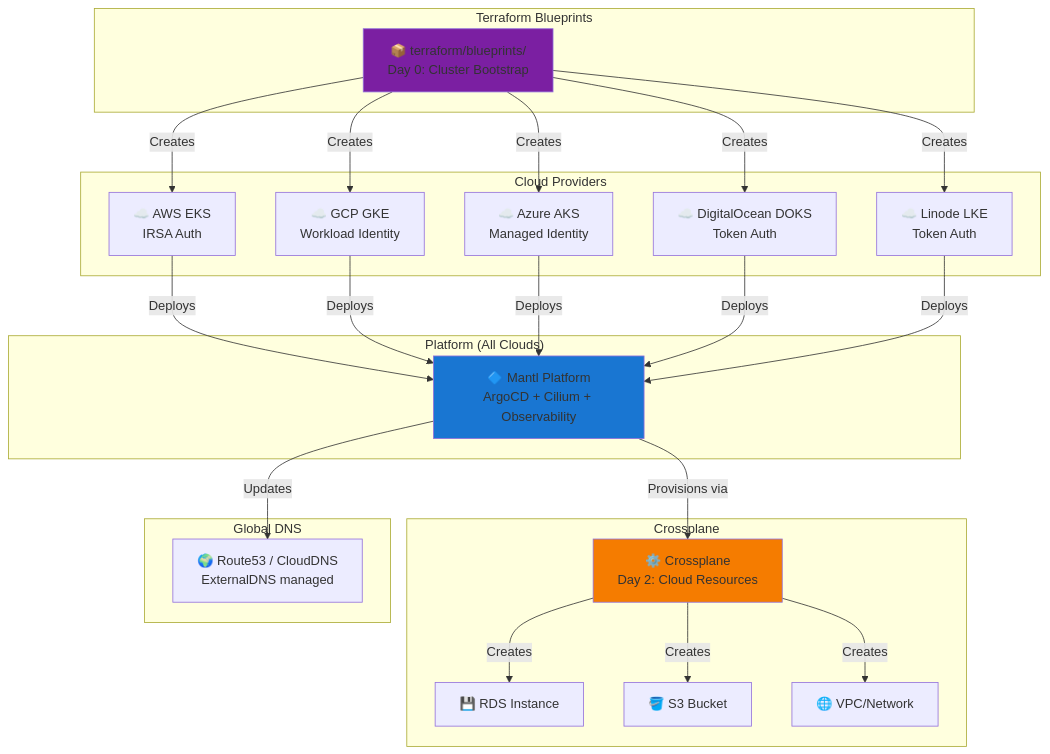
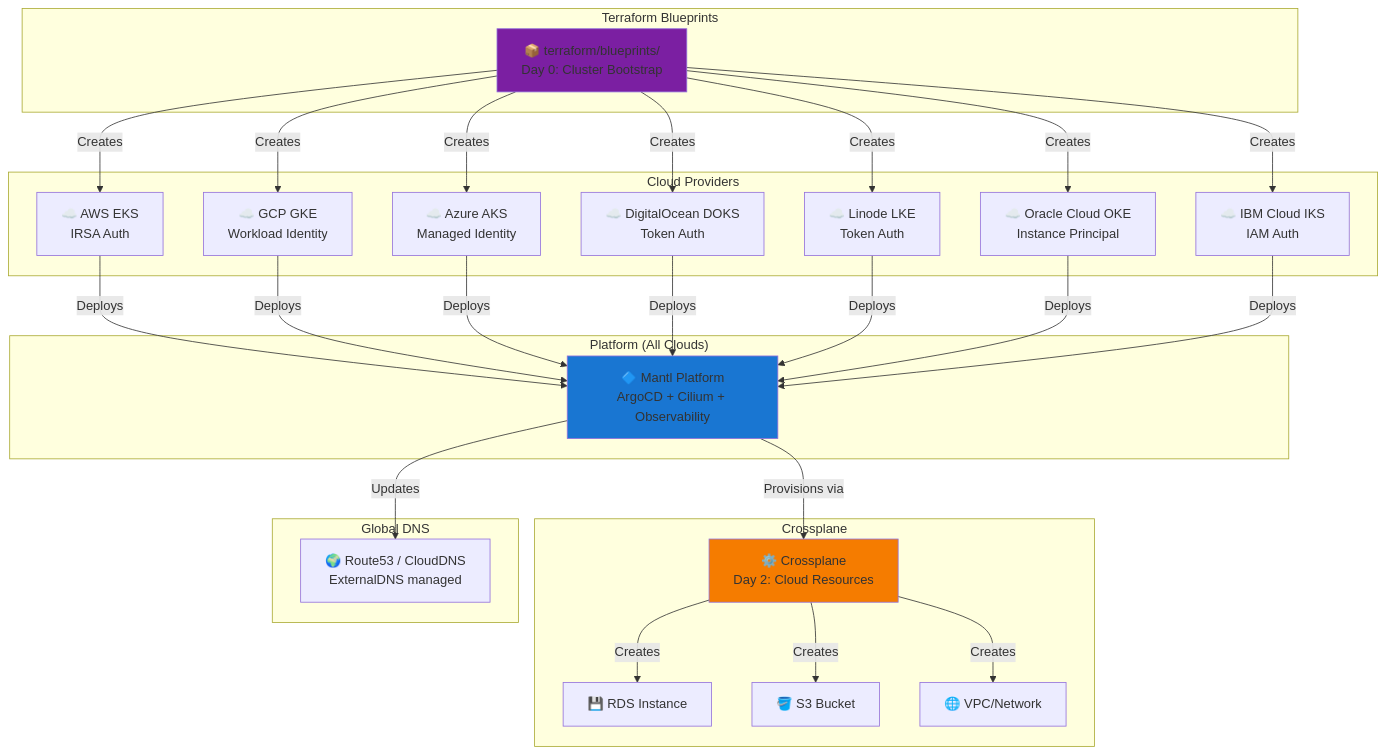
Before and after one commit to somethingwithproof/mantl: the fourth of 4 diagrams in docs/architecture-diagram.md, drawn with Mermaid. The commit also changed 20 other files, not shown here.

First line of the commit message:
Add full support for Oracle Cloud (OCI) and IBM Cloud

````diff
--- a/docs/architecture-diagram.md
+++ b/docs/architecture-diagram.md
@@ -208,52 +208,58 @@
 ```mermaid
 graph TB
     subgraph "Cloud Providers"
         AWS[☁️ AWS EKS<br/>IRSA Auth]
         GCP[☁️ GCP GKE<br/>Workload Identity]
         Azure[☁️ Azure AKS<br/>Managed Identity]
         DO[☁️ DigitalOcean DOKS<br/>Token Auth]
         Linode[☁️ Linode LKE<br/>Token Auth]
+        OCI[☁️ Oracle Cloud OKE<br/>Instance Principal]
+        IBM[☁️ IBM Cloud IKS<br/>IAM Auth]
     end
 
     subgraph "Terraform Blueprints"
         TF[📦 terraform/blueprints/<br/>Day 0: Cluster Bootstrap]
     end
 
     subgraph "Crossplane"
         CP[⚙️ Crossplane<br/>Day 2: Cloud Resources]
         RDS[💾 RDS Instance]
         S3[🪣 S3 Bucket]
         VPC[🌐 VPC/Network]
     end
 
     subgraph "Platform (All Clouds)"
         Platform[🔷 Mantl Platform<br/>ArgoCD + Cilium + Observability]
     end
 
     subgraph "Global DNS"
         Route53[🌍 Route53 / CloudDNS<br/>ExternalDNS managed]
     end
 
     TF -->|Creates| AWS
     TF -->|Creates| GCP
     TF -->|Creates| Azure
     TF -->|Creates| DO
     TF -->|Creates| Linode
+    TF -->|Creates| OCI
+    TF -->|Creates| IBM
 
     AWS -->|Deploys| Platform
     GCP -->|Deploys| Platform
     Azure -->|Deploys| Platform
     DO -->|Deploys| Platform
     Linode -->|Deploys| Platform
+    OCI -->|Deploys| Platform
+    IBM -->|Deploys| Platform
 
     Platform -->|Provisions via| CP
     CP -->|Creates| RDS
     CP -->|Creates| S3
     CP -->|Creates| VPC
 
     Platform -->|Updates| Route53
 
     style TF fill:#7B1FA2
     style CP fill:#F57C00
     style Platform fill:#1976D2
 ```
````
